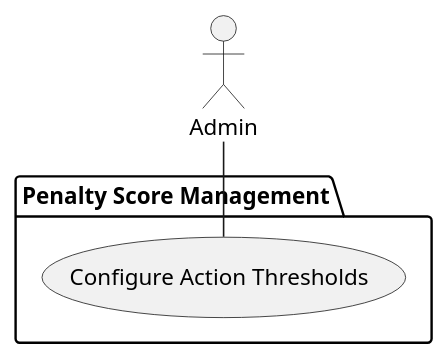
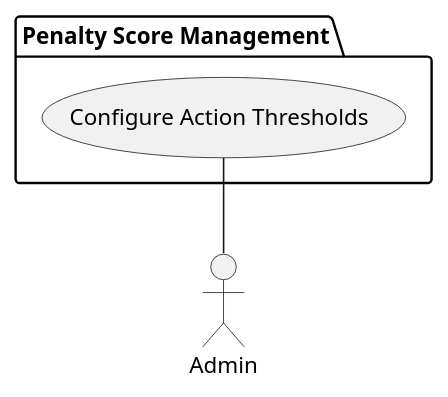
One commit to bmb0136/COMP-3700-Project changed the diagram in Use Cases/ConfigureActionThresholds.iuml. Above: the diagram before and after it, drawn with PlantUML. The commit also changed 13 other files, not shown here.

Commit message:
Fix formatting in main diagram

```diff
--- a/Use Cases/ConfigureActionThresholds.iuml
+++ b/Use Cases/ConfigureActionThresholds.iuml
@@ -1,7 +1,7 @@
 @startuml Configure Action Thresholds
 actor :Admin:
 package "Penalty Score Management" {
   (Configure Action Thresholds) as ConfActThr
 }
-Admin -- ConfActThr
+Admin -up- ConfActThr
 @enduml
```
